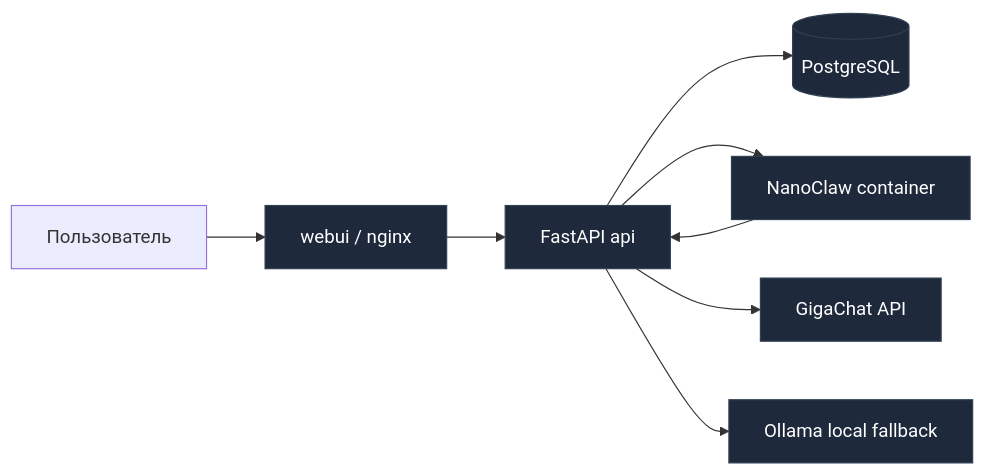
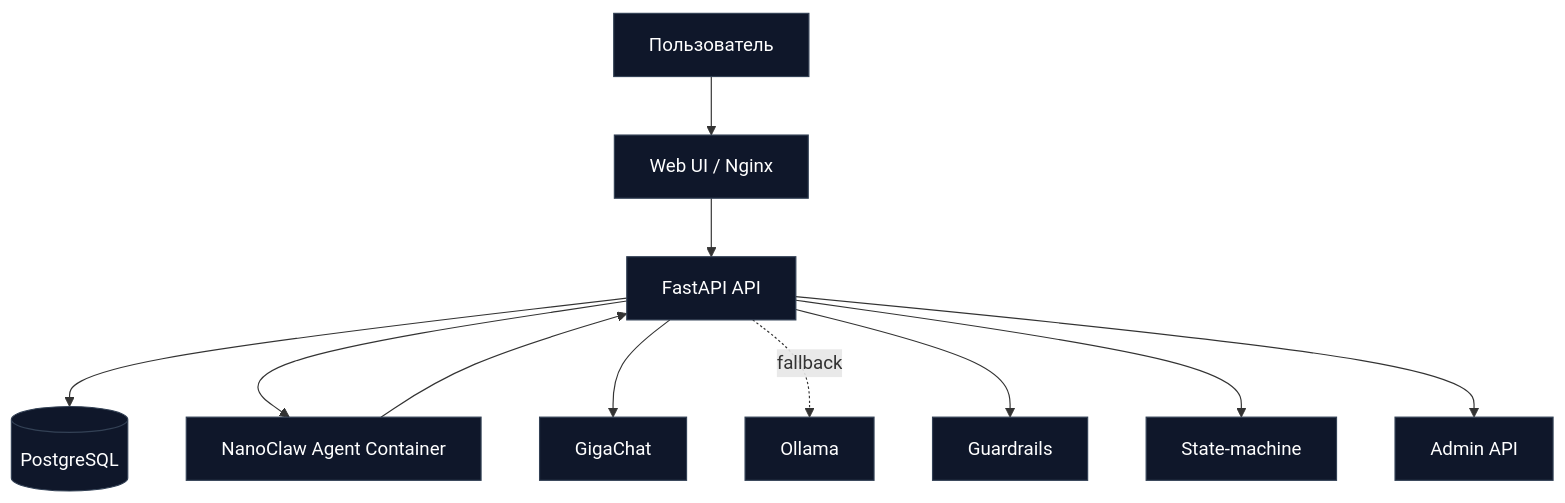
One commit to dedok0x/agrolead-assistant changed the diagram in docs/architecture.md. Above: the diagram before and after it, drawn with Mermaid. The commit also changed other lines of this file and 20 other files, not shown here.

````diff
--- a/docs/architecture.md
+++ b/docs/architecture.md
@@ -7,13 +3,17 @@
 ```mermaid
-flowchart LR
-    U[Пользователь] --> W[webui / nginx]
-    W --> A[FastAPI api]
-    A --> DB[(PostgreSQL)]
-    A --> N[NanoClaw container]
-    N --> A
-    A --> G[GigaChat API]
-    A --> O[Ollama local fallback]
+flowchart TD
+    U[Пользователь] --> W[Web UI / Nginx]
+    W --> API[FastAPI API]
+    API --> DB[(PostgreSQL)]
+    API --> NANO[NanoClaw Agent Container]
+    NANO --> API
+    API --> GIGA[GigaChat]
+    API -. fallback .-> OLLAMA[Ollama]
 
-    classDef svc fill:#1e293b,color:#fff,stroke:#334155;
-    class W,A,N,DB,G,O svc;
+    API --> GS[Guardrails]
+    API --> SM[State-machine]
+    API --> ADM[Admin API]
+
+    classDef node fill:#0f172a,color:#fff,stroke:#334155;
+    class W,API,DB,NANO,GIGA,OLLAMA,GS,SM,ADM node;
 ```
````
